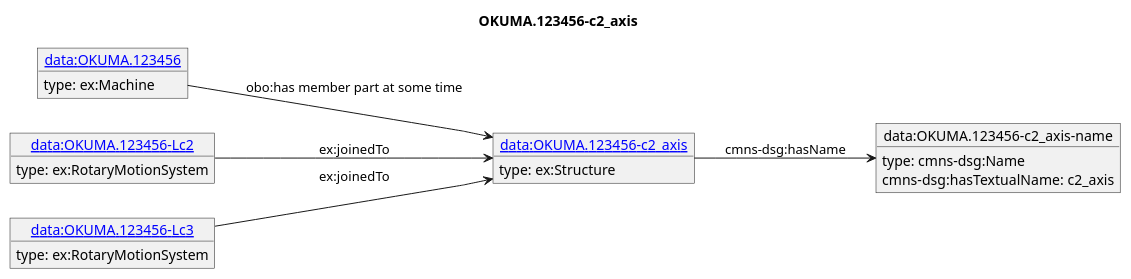
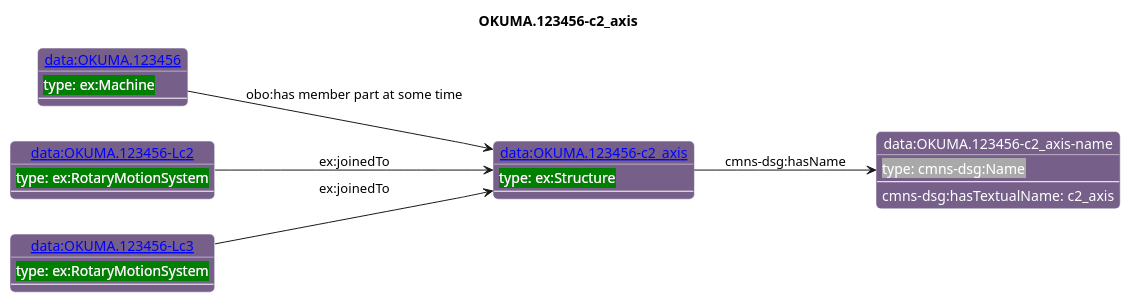
One commit to iofoundry/example-syseng-mtconnect changed the diagram in diagrams/OKUMA.123456-c2_axis.puml. Above: the diagram before and after it, drawn with PlantUML. The commit also changed 144 other files, not shown here.

```diff
--- a/diagrams/OKUMA.123456-c2_axis.puml
+++ b/diagrams/OKUMA.123456-c2_axis.puml
@@ -1,25 +1,47 @@
 @startuml
 skinparam linetype polyline
 left to right direction
 title OKUMA.123456-c2_axis
-object "[[./OKUMA.123456-c2_axis.html data:OKUMA.123456-c2_axis]]" as o1 {
- type: ex:Structure 
+
+skinparam roundCorner 10
+
+skinparam object {
+  BackgroundColor 76608A
+  fontColor White
+  BorderColor White 
+  FontName Helvetica   
 }
-object "data:OKUMA.123456-c2_axis-name" as o2 {
- type: cmns-dsg:Name 
+
+skinparam class{
+   BackgroundColor White
+   fontColor black
+   FontStyle bold
+   FontName Helvetica
 }
-object "[[./OKUMA.123456.html data:OKUMA.123456]]" as o3 {
- type: ex:Machine 
-}
-object "[[./OKUMA.123456-Lc2.html data:OKUMA.123456-Lc2]]" as o4 {
- type: ex:RotaryMotionSystem 
-}
-object "[[./OKUMA.123456-Lc3.html data:OKUMA.123456-Lc3]]" as o5 {
- type: ex:RotaryMotionSystem 
-}
+
+object "[[./OKUMA.123456-c2_axis.html data:OKUMA.123456-c2_axis]]" as o1 #76608A {
+ <back:#Green>type: ex:Structure</back> 
+---
+ }
+object "data:OKUMA.123456-c2_axis-name" as o2 #76608A {
+ <back:#DarkGrey>type: cmns-dsg:Name</back> 
+---
+ }
+object "[[./OKUMA.123456.html data:OKUMA.123456]]" as o3 #76608A {
+ <back:#Green>type: ex:Machine</back> 
+---
+ }
+object "[[./OKUMA.123456-Lc2.html data:OKUMA.123456-Lc2]]" as o4 #76608A {
+ <back:#Green>type: ex:RotaryMotionSystem</back> 
+---
+ }
+object "[[./OKUMA.123456-Lc3.html data:OKUMA.123456-Lc3]]" as o5 #76608A {
+ <back:#Green>type: ex:RotaryMotionSystem</back> 
+---
+ }
 o1 --> o2 : cmns-dsg:hasName
 o2 : cmns-dsg:hasTextualName: c2_axis
 o3 --> o1 : obo:has member part at some time
 o4 --> o1 : ex:joinedTo
 o5 --> o1 : ex:joinedTo
 @enduml
```
